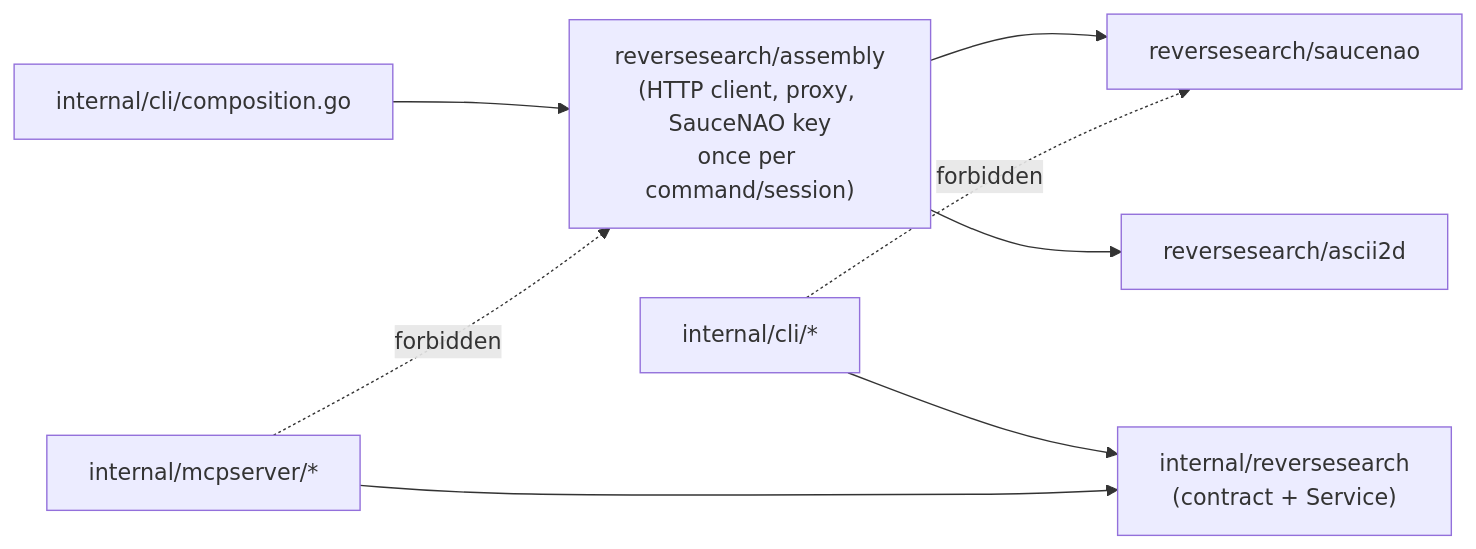
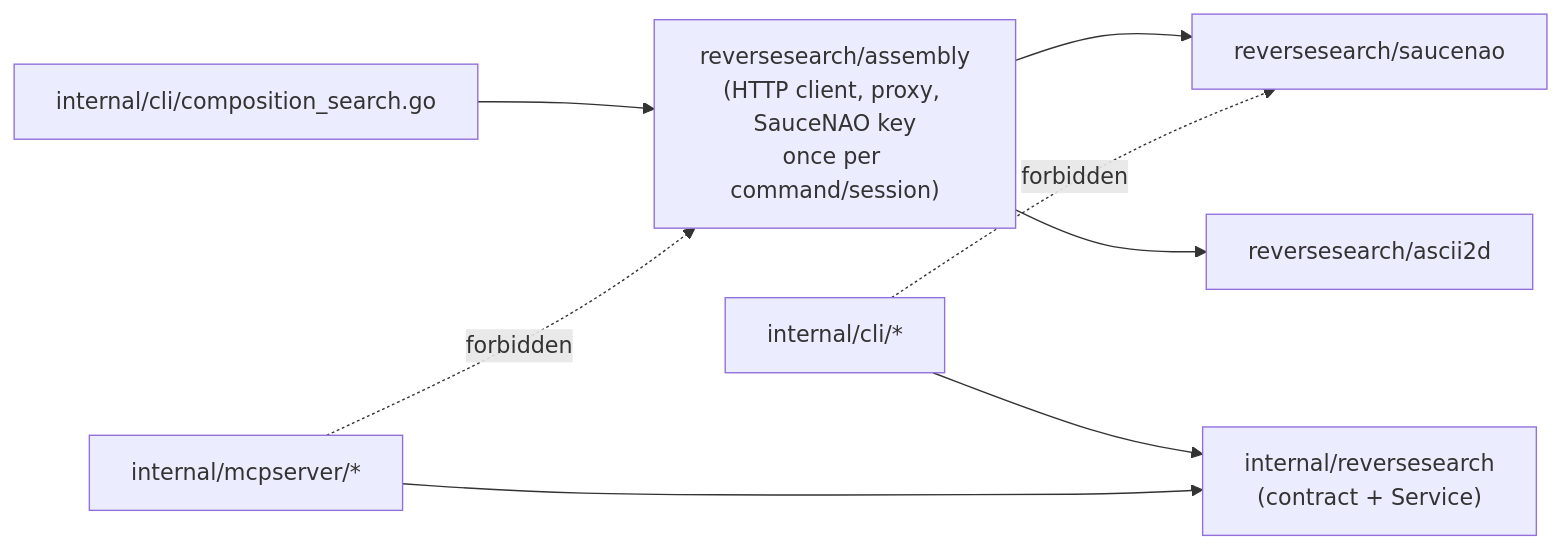
The third of 5 diagrams in docs/en/maintainers/architecture.md (FlanChanXwO/pixiv-cli), drawn with Mermaid before and after one commit. The commit also changed other lines of this file and 26 other files, not shown here.

````diff
--- a/docs/en/maintainers/architecture.md
+++ b/docs/en/maintainers/architecture.md
@@ -149,10 +177,10 @@
 ```mermaid
 flowchart LR
-    COMP["internal/cli/composition.go"] --> ASM["reversesearch/assembly<br/>(HTTP client, proxy, SauceNAO key<br/>once per command/session)"]
+    COMP["internal/cli/composition_search.go"] --> ASM["reversesearch/assembly<br/>(HTTP client, proxy, SauceNAO key<br/>once per command/session)"]
     ASM --> SN["reversesearch/saucenao"]
     ASM --> A2["reversesearch/ascii2d"]
     CMDS["internal/cli/*"] --> TOP["internal/reversesearch<br/>(contract + Service)"]
     MCPS["internal/mcpserver/*"] --> TOP
     CMDS -.->|forbidden| SN
     MCPS -.->|forbidden| ASM
 ```
````
